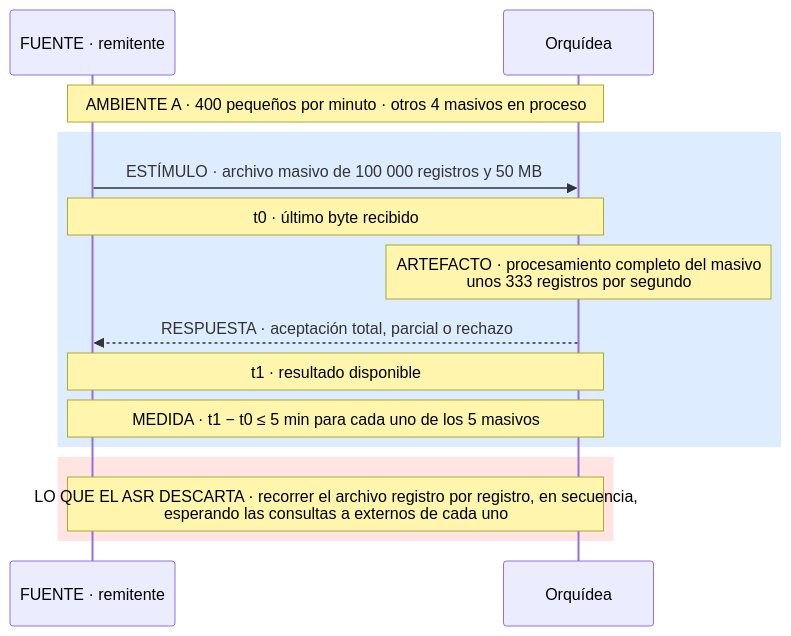
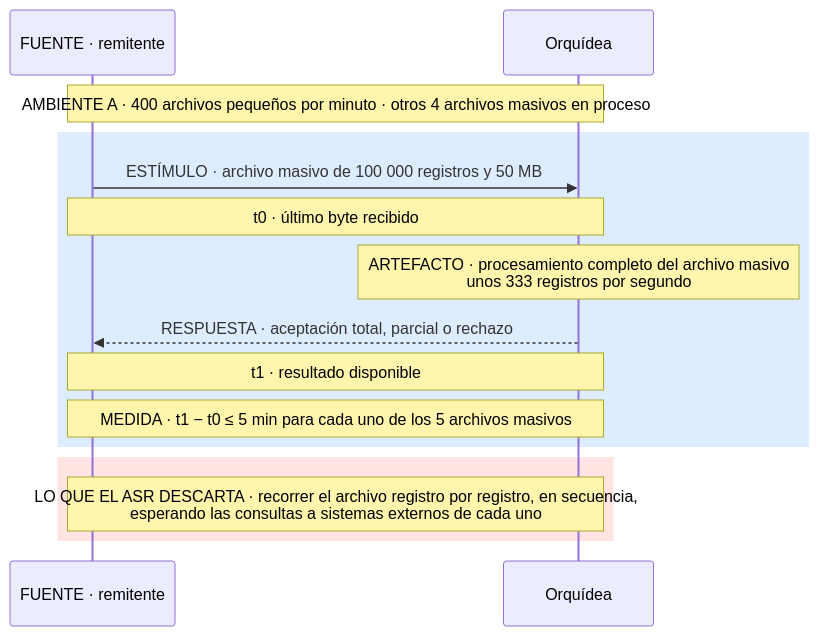
One commit to MATI-MBIT/arqsoft-reto-4 changed diagram 12 of 17 in docs/quality-attributes.md. Above: the diagram before and after it, drawn with Mermaid. The commit also changed other lines of this file, not shown here.

Commit message:
Ajusta la terminología de los ASR al vocabulario de arquitectura

````diff
--- a/docs/quality-attributes.md
+++ b/docs/quality-attributes.md
@@ -545,17 +545,17 @@
 ```mermaid
 sequenceDiagram
     participant R as FUENTE · remitente
     participant O as Orquídea
-    Note over R,O: AMBIENTE A · 400 pequeños por minuto · otros 4 masivos en proceso
+    Note over R,O: AMBIENTE A · 400 archivos pequeños por minuto · otros 4 archivos masivos en proceso
     rect rgb(222, 236, 255)
     R->>O: ESTÍMULO · archivo masivo de 100 000 registros y 50 MB
     Note over R,O: t0 · último byte recibido
-    Note over O: ARTEFACTO · procesamiento completo del masivo<br/>unos 333 registros por segundo
+    Note over O: ARTEFACTO · procesamiento completo del archivo masivo<br/>unos 333 registros por segundo
     O-->>R: RESPUESTA · aceptación total, parcial o rechazo
     Note over R,O: t1 · resultado disponible
-    Note over R,O: MEDIDA · t1 − t0 ≤ 5 min para cada uno de los 5 masivos
+    Note over R,O: MEDIDA · t1 − t0 ≤ 5 min para cada uno de los 5 archivos masivos
     end
     rect rgb(255, 228, 225)
-    Note over R,O: LO QUE EL ASR DESCARTA · recorrer el archivo registro por registro, en secuencia,<br/>esperando las consultas a externos de cada uno
+    Note over R,O: LO QUE EL ASR DESCARTA · recorrer el archivo registro por registro, en secuencia,<br/>esperando las consultas a sistemas externos de cada uno
     end
 ```
````
